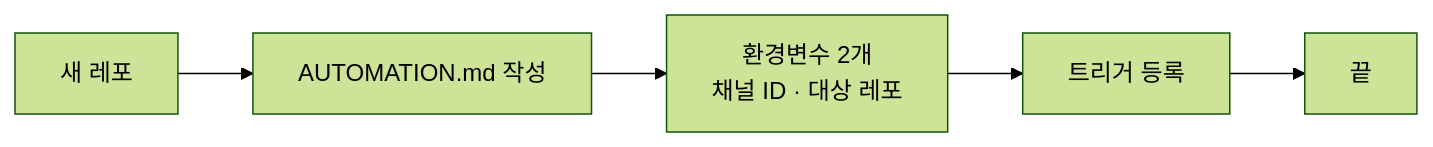
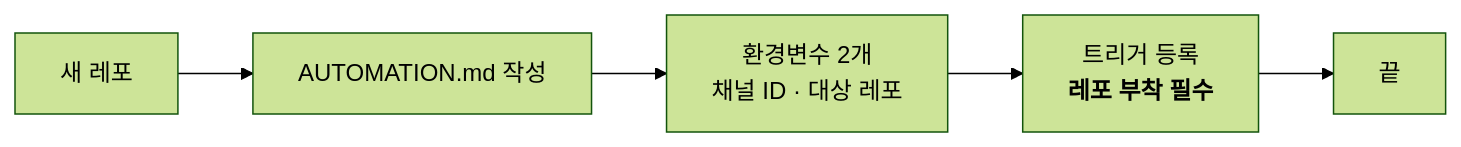
One commit to jonusHK/slack-autopilot changed the fifth of 5 diagrams in docs/design/architecture.md. Above: the diagram before and after it, drawn with Mermaid (forest theme). The commit also changed other lines of this file and 3 other files, not shown here.

````diff
--- a/docs/design/architecture.md
+++ b/docs/design/architecture.md
@@ -119,7 +119,7 @@
 ```mermaid
 flowchart LR
     N["새 레포"] --> A1["AUTOMATION.md 작성"]
     A1 --> A2["환경변수 2개<br/>채널 ID · 대상 레포"]
-    A2 --> A3["트리거 등록"]
+    A2 --> A3["트리거 등록<br/><b>레포 부착 필수</b>"]
     A3 --> OK["끝"]
 ```
````
